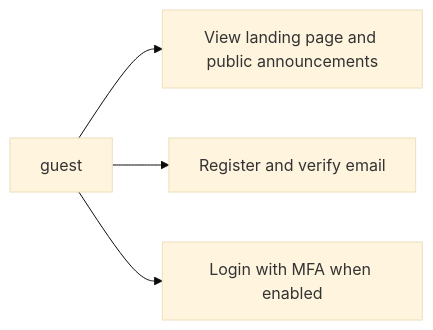
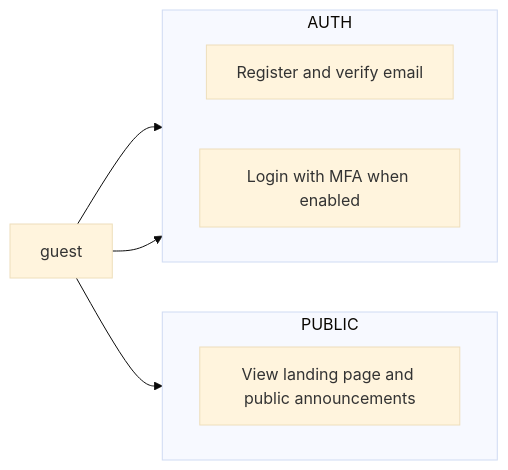
Before and after one commit to urlsalimbot/THESIS1-KAPWA: the first of 11 diagrams in docs/diagrams/02-use-case-diagram.md, drawn with Mermaid (base theme). The commit also changed other lines of this file, not shown here.

Commit message:
docs: group use cases by category within each per-role diagram

````diff
--- a/docs/diagrams/02-use-case-diagram.md
+++ b/docs/diagrams/02-use-case-diagram.md
@@ -42,7 +42,19 @@
 ```mermaid
 flowchart LR
     G["guest"]
-    G --> UC1["View landing page and public announcements"]
-    G --> UC2["Register and verify email"]
-    G --> UC3["Login with MFA when enabled"]
+
+    subgraph Public[PUBLIC]
+        direction LR
+        G1["View landing page and public announcements"]
+    end
+
+    subgraph Auth[AUTH]
+        direction LR
+        G2["Register and verify email"]
+        G3["Login with MFA when enabled"]
+    end
+
+    G --> G1
+    G --> G2
+    G --> G3
 ```
````
